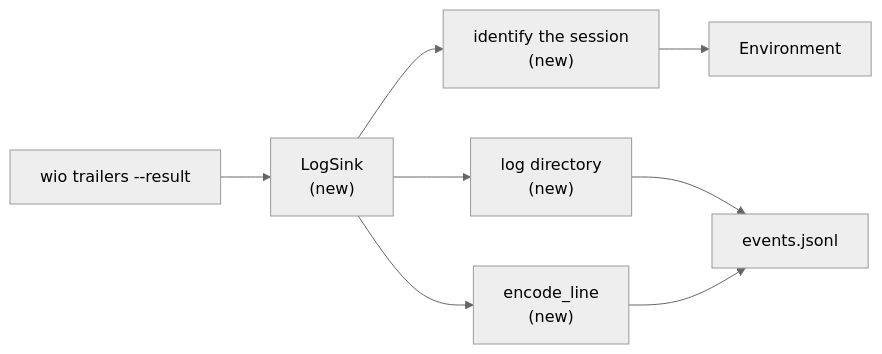
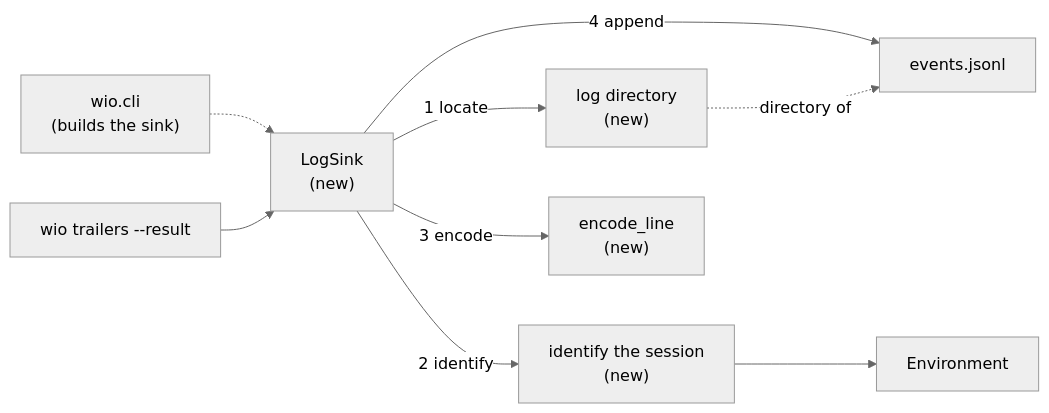
One commit to msitarz/wio changed the second of 2 diagrams in .agents/wio/works/wio-log/record-events/README.md. Above: the diagram before and after it, drawn with Mermaid (neutral theme). The commit also changed other lines of this file, not shown here.

First line of the commit message:
docs(log): give the nested run its own criterion and order the steps in the diagram

````diff
--- a/.agents/wio/works/wio-log/record-events/README.md
+++ b/.agents/wio/works/wio-log/record-events/README.md
@@ -67,10 +62,11 @@
 ```mermaid
 flowchart LR
+    CLI["wio.cli\n(builds the sink)"] -.-> S
     T["wio trailers --result"] --> S["LogSink\n(new)"]
-    S --> I["identify the session\n(new)"]
+    S -- "1 locate" --> L["log directory\n(new)"]
+    S -- "2 identify" --> I["identify the session\n(new)"]
     I --> E["Environment"]
-    S --> L["log directory\n(new)"]
-    S --> F["encode_line\n(new)"]
-    L --> J["events.jsonl"]
-    F --> J
+    S -- "3 encode" --> F["encode_line\n(new)"]
+    S -- "4 append" --> J["events.jsonl"]
+    L -. "directory of" .-> J
 ```
````
